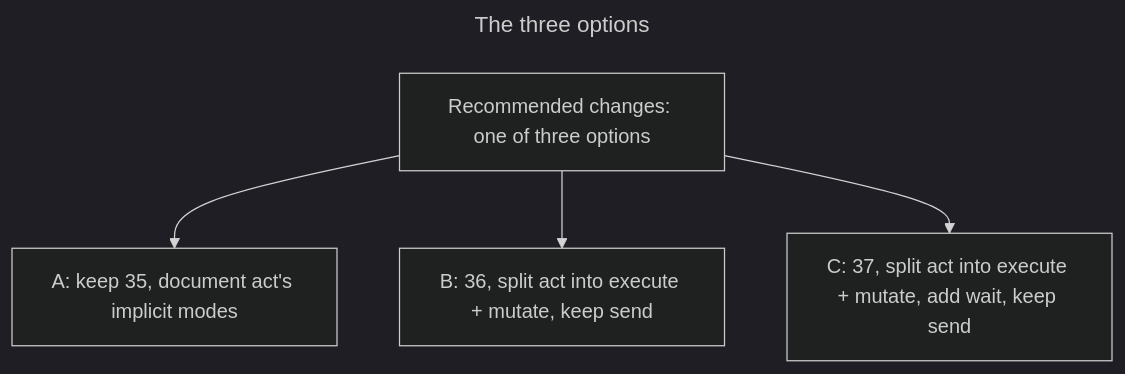
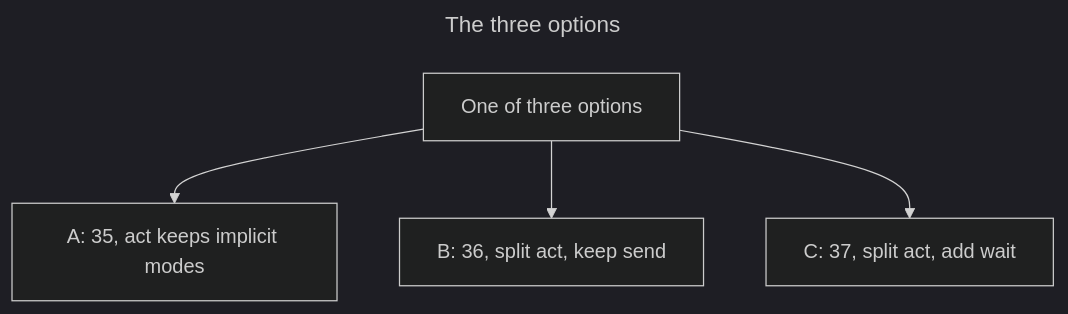
One commit to synaptiai/agent-capability-standard changed the seventh of 8 diagrams in docs/methodology/SKILLS_ALIGNMENT_EVALUATION.md. Above: the diagram before and after it, drawn with Mermaid (dark theme). The commit also changed 4 other files, not shown here.

First line of the commit message:
docs: name capabilities in diagram boxes as capability(args)

````diff
--- a/docs/methodology/SKILLS_ALIGNMENT_EVALUATION.md
+++ b/docs/methodology/SKILLS_ALIGNMENT_EVALUATION.md
@@ -387,10 +387,10 @@
 ```mermaid
 ---
 title: The three options
 ---
 flowchart TB
   accDescr: The recommended changes are three alternative options: A keeps 35 capabilities and documents act's implicit modes; B splits act into execute and mutate for 36 and keeps send; C splits act, adds wait and keeps send, for 37.
-  q[Recommended changes: one of three options] --> a["A: keep 35, document act's implicit modes"]
-  q --> b["B: 36, split act into execute + mutate, keep send"]
-  q --> c["C: 37, split act into execute + mutate, add wait, keep send"]
+  q[One of three options] --> a["A: 35, act keeps implicit modes"]
+  q --> b["B: 36, split act, keep send"]
+  q --> c["C: 37, split act, add wait"]
 ```
````
